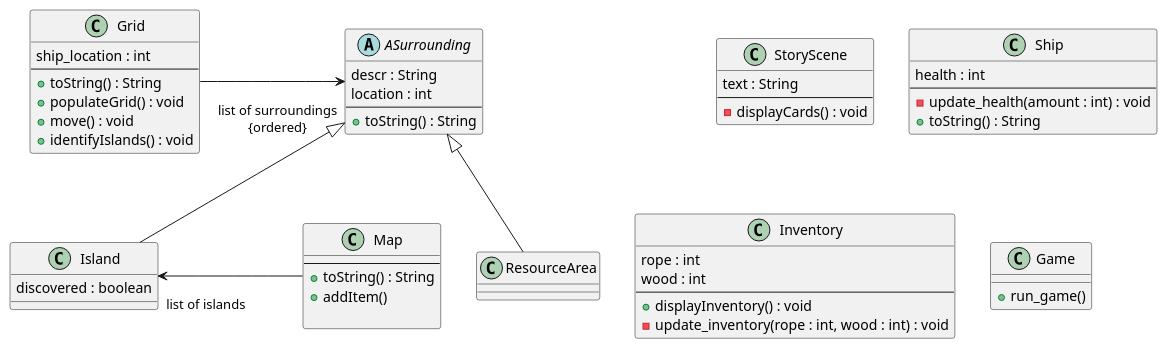
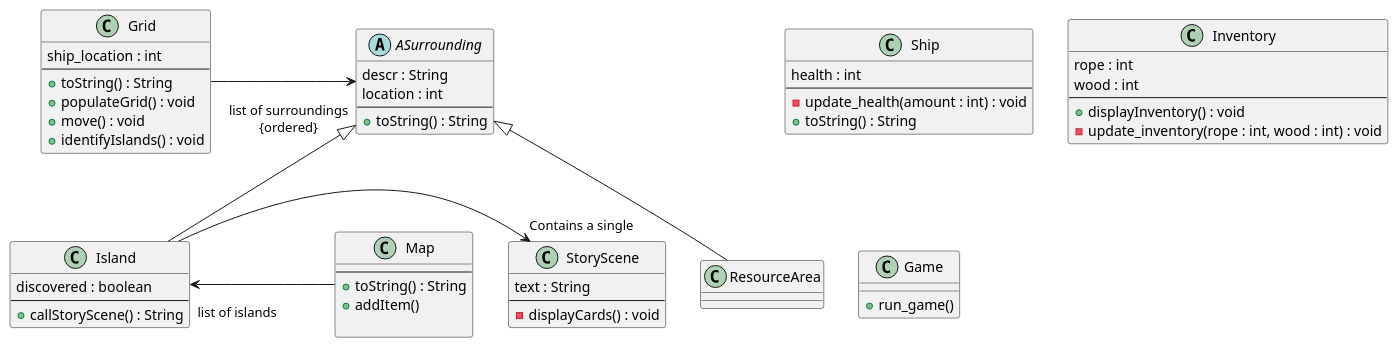
Before and after one commit to emutchek/MaraudersAtSea: the first of 3 diagrams in CMPU_203_PirateGame/doc/design.md, drawn with PlantUML. The commit also changed other lines of this file and 1 other file, not shown here.

Commit message:
Added sequence diagrams. Fixed DebrisGate and had to hang the gib!

````diff
--- a/CMPU_203_PirateGame/doc/design.md
+++ b/CMPU_203_PirateGame/doc/design.md
@@ -1,61 +1,66 @@
 ```PlantUML
 @startuml
 
 class Grid {
     ship_location : int
     --
     +toString() : String
     +populateGrid() : void
     +move() : void
     +identifyIslands() : void
 }
 Grid ->  "\nlist of surroundings\n{ordered}" ASurrounding : \t\t\t\t
 
 abstract class ASurrounding {
     descr : String
     location : int 
     --
     +toString() : String
 }
 ASurrounding <|-- Island
 ASurrounding <|-- ResourceArea
 
 class ResourceArea {}
+
 class Island {
     discovered : boolean
+    --
+    +callStoryScene() : String
 }
+
+Island -> "Contains a single" StoryScene : \t\t\t\t
 
 class Map {
 --
     +toString() : String
     +addItem() 
 
 }
 Map ->  "\nlist of islands" Island : \t\t\t\t
 
 class StoryScene {
     text : String
     --
     -displayCards() : void
 }
 
 class Ship {
     health : int
     --
     -update_health(amount : int) : void
     +toString() : String 
 }
 
 class Inventory {
     rope : int
     wood : int 
     --
     +displayInventory() : void
     -update_inventory(rope : int, wood : int) : void
 }
 
 class Game {
     +run_game()
 }
 @enduml
 ```
````
